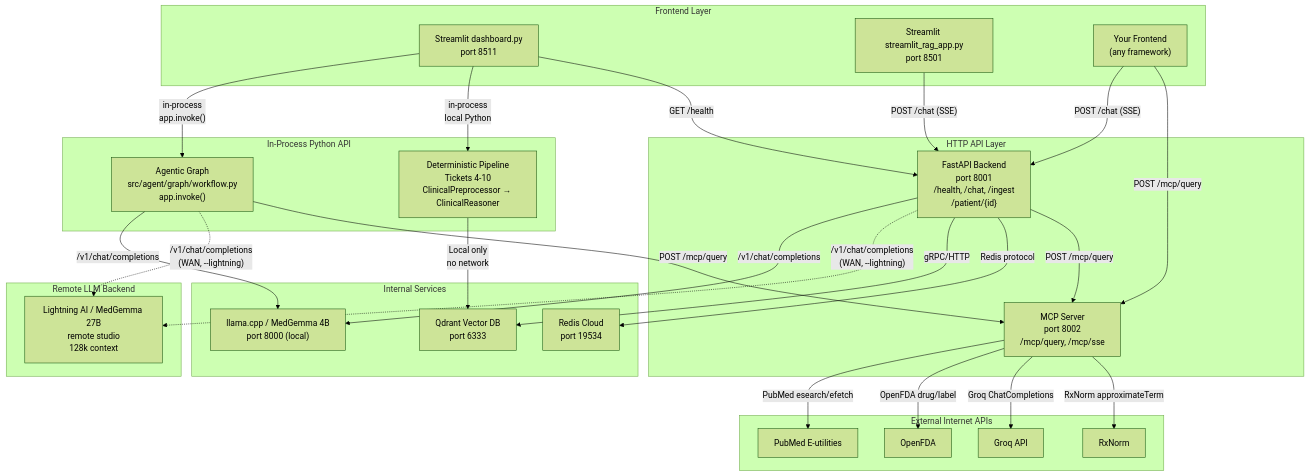
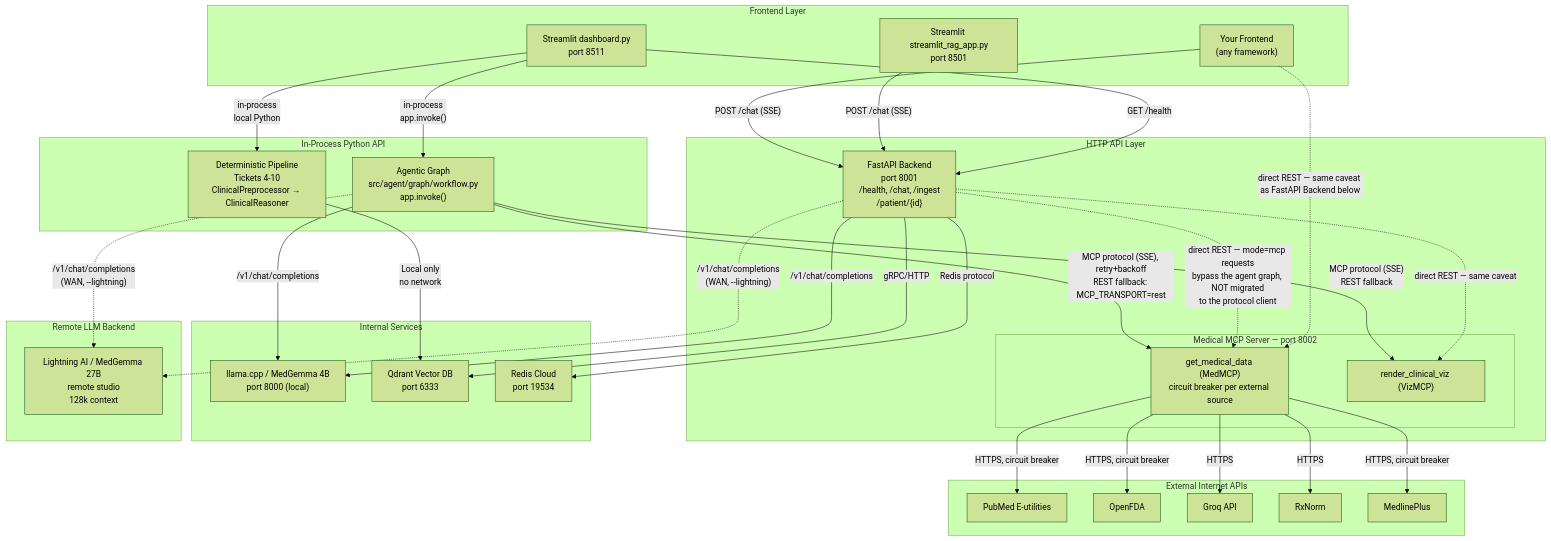
The first of 3 diagrams in ai/src/ai/API.md (Belal0066/CFI-Care), drawn with Mermaid (forest theme) before and after one commit. The commit also changed other lines of this file and 5 other files, not shown here.

````diff
--- a/ai/src/ai/API.md
+++ b/ai/src/ai/API.md
@@ -29,61 +29,68 @@
 ```mermaid
 graph TB
     subgraph "Frontend Layer"
         S1[Streamlit dashboard.py<br/>port 8511]
         S2[Streamlit streamlit_rag_app.py<br/>port 8501]
         FX["Your Frontend<br/>(any framework)"]
     end
 
     subgraph "HTTP API Layer"
         FB["FastAPI Backend<br/>port 8001<br/>/health, /chat, /ingest<br/>/patient/{id}"]
-        MC["MCP Server<br/>port 8002<br/>/mcp/query, /mcp/sse"]
+        subgraph MCPServer["Medical MCP Server — port 8002"]
+            MEDMCP["get_medical_data (MedMCP)<br/>circuit breaker per external source"]
+            VIZMCP["render_clinical_viz (VizMCP)"]
+        end
     end
 
     subgraph "In-Process Python API"
         AG["Agentic Graph<br/>src/agent/graph/workflow.py<br/>app.invoke()"]
         DP["Deterministic Pipeline<br/>Tickets 4-10<br/>ClinicalPreprocessor → ClinicalReasoner"]
     end
 
     subgraph "Internal Services"
         LL["llama.cpp / MedGemma 4B<br/>port 8000 (local)"]
         QD["Qdrant Vector DB<br/>port 6333"]
         RD["Redis Cloud<br/>port 19534"]
     end
 
     subgraph "Remote LLM Backend"
         LAI["Lightning AI / MedGemma 27B<br/>remote studio<br/>128k context"]
     end
 
     subgraph "External Internet APIs"
         PM["PubMed E-utilities"]
         FD["OpenFDA"]
         GR["Groq API"]
         RX["RxNorm"]
+        MLP["MedlinePlus"]
     end
 
     S1 -->|"in-process<br/>app.invoke()"| AG
     S1 -->|"in-process<br/>local Python"| DP
     S1 -->|"GET /health"| FB
 
     S2 -->|"POST /chat (SSE)"| FB
 
     FX -->|"POST /chat (SSE)"| FB
-    FX -->|"POST /mcp/query"| MC
+    FX -.->|"direct REST — same caveat as FastAPI Backend below"| MEDMCP
 
     FB -->|"/v1/chat/completions"| LL
     FB -.->|"/v1/chat/completions<br/>(WAN, --lightning)"| LAI
     FB -->|"gRPC/HTTP"| QD
     FB -->|"Redis protocol"| RD
-    FB -->|"POST /mcp/query"| MC
+    FB -.->|"direct REST — mode=mcp requests<br/>bypass the agent graph, NOT migrated<br/>to the protocol client"| MEDMCP
+    FB -.->|"direct REST — same caveat"| VIZMCP
 
     AG -->|"/v1/chat/completions"| LL
     AG -.->|"/v1/chat/completions<br/>(WAN, --lightning)"| LAI
-    AG -->|"POST /mcp/query"| MC
+    AG -->|"MCP protocol (SSE), retry+backoff<br/>REST fallback: MCP_TRANSPORT=rest"| MEDMCP
+    AG -->|"MCP protocol (SSE)<br/>REST fallback"| VIZMCP
 
-    MC -->|"PubMed esearch/efetch"| PM
-    MC -->|"OpenFDA drug/label"| FD
-    MC -->|"Groq ChatCompletions"| GR
-    MC -->|"RxNorm approximateTerm"| RX
+    MEDMCP -->|"HTTPS, circuit breaker"| PM
+    MEDMCP -->|"HTTPS, circuit breaker"| FD
+    MEDMCP -->|"HTTPS"| GR
+    MEDMCP -->|"HTTPS"| RX
+    MEDMCP -->|"HTTPS, circuit breaker"| MLP
 
     DP -->|"Local only<br/>no network"| QD
 ```
````
